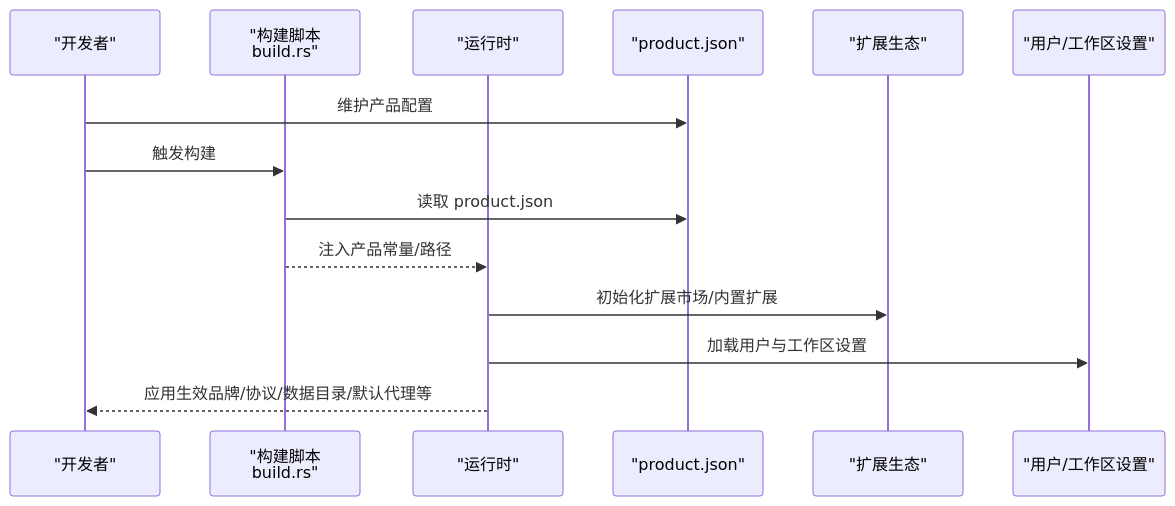
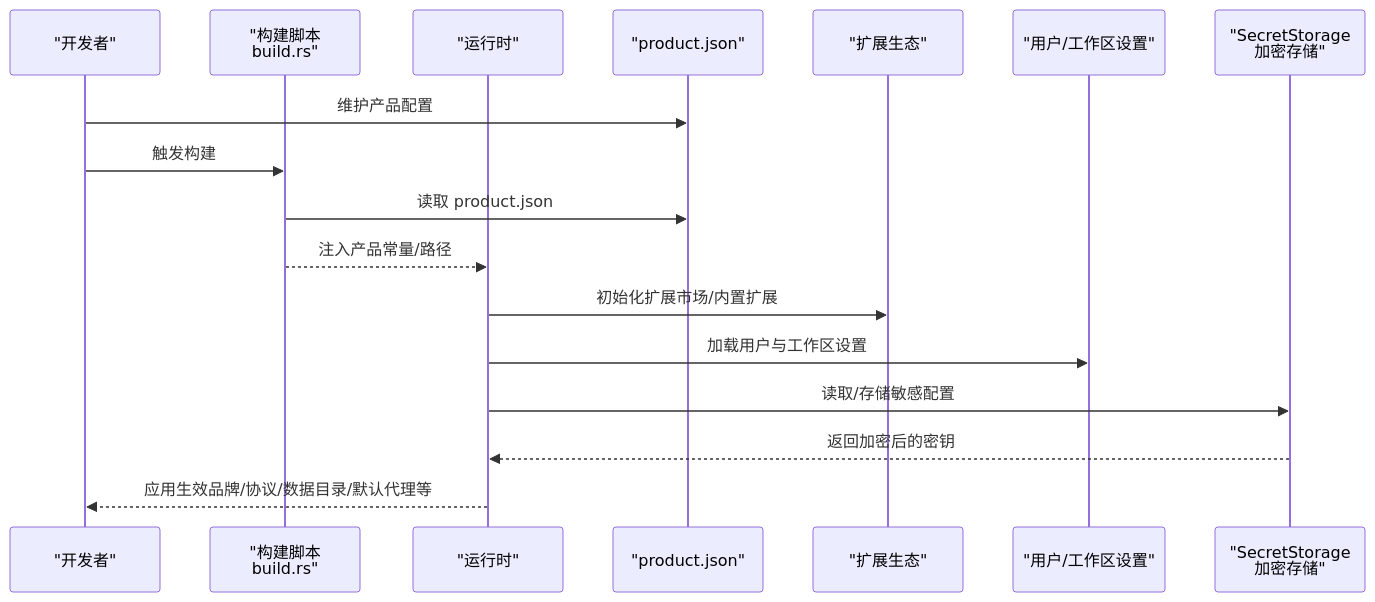
The second of 4 diagrams in .qoder/repowiki/zh/content/配置管理.md (sofate798/KodrixCode), drawn with Mermaid before and after one commit. The commit also changed other lines of this file and 9 other files, not shown here.

First line of the commit message:
feat(security): 集成 SecretStorage 安全存储机制

````diff
--- a/.qoder/repowiki/zh/content/配置管理.md
+++ b/.qoder/repowiki/zh/content/配置管理.md
@@ -85,16 +116,19 @@
 ```mermaid
 sequenceDiagram
 participant Dev as "开发者"
 participant Build as "构建脚本<br/>build.rs"
 participant Runtime as "运行时"
 participant Product as "product.json"
 participant Ext as "扩展生态"
 participant UserCfg as "用户/工作区设置"
+participant SecretStore as "SecretStorage<br/>加密存储"
 Dev->>Product : 维护产品配置
 Dev->>Build : 触发构建
 Build->>Product : 读取 product.json
 Build-->>Runtime : 注入产品常量/路径
 Runtime->>Ext : 初始化扩展市场/内置扩展
 Runtime->>UserCfg : 加载用户与工作区设置
+Runtime->>SecretStore : 读取/存储敏感配置
+SecretStore-->>Runtime : 返回加密后的密钥
 Runtime-->>Dev : 应用生效品牌/协议/数据目录/默认代理等
 ```
````
